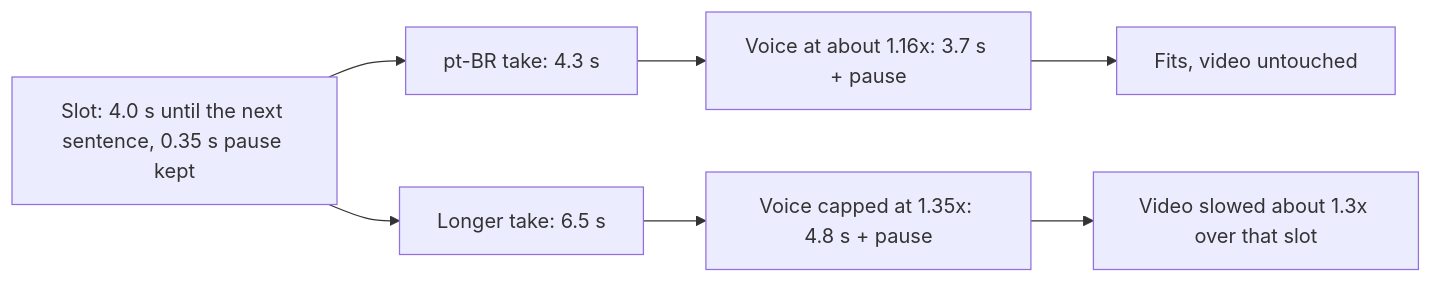
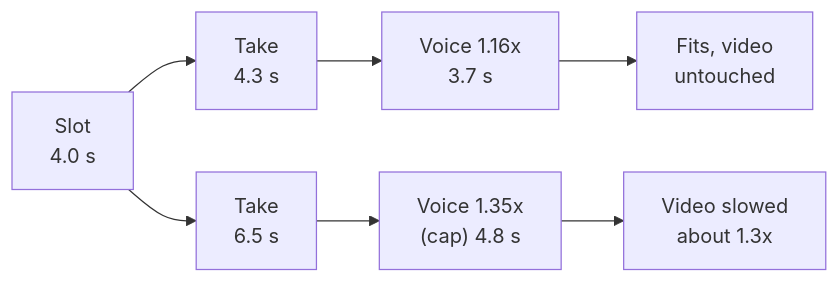
Before and after one commit to renatocron/video-earthlings-ptbr: the second of 2 diagrams in README.md, drawn with Mermaid. The commit also changed other lines of this file, not shown here.

Commit message:
Shorten diagram labels so GitHub does not clip them

````diff
--- a/README.md
+++ b/README.md
@@ -56,9 +56,9 @@
 ```mermaid
 flowchart LR
-    A[Slot: 4.0 s until the next sentence, 0.35 s pause kept] --> B[pt-BR take: 4.3 s]
-    B --> C[Voice at about 1.16x: 3.7 s + pause]
-    C --> D[Fits, video untouched]
-    A --> B2[Longer take: 6.5 s]
-    B2 --> C2[Voice capped at 1.35x: 4.8 s + pause]
-    C2 --> D2[Video slowed about 1.3x over that slot]
+    A["Slot<br/>4.0 s"] --> B["Take<br/>4.3 s"]
+    B --> C["Voice 1.16x<br/>3.7 s"]
+    C --> D["Fits, video<br/>untouched"]
+    A --> B2["Take<br/>6.5 s"]
+    B2 --> C2["Voice 1.35x<br/>(cap) 4.8 s"]
+    C2 --> D2["Video slowed<br/>about 1.3x"]
 ```
````
